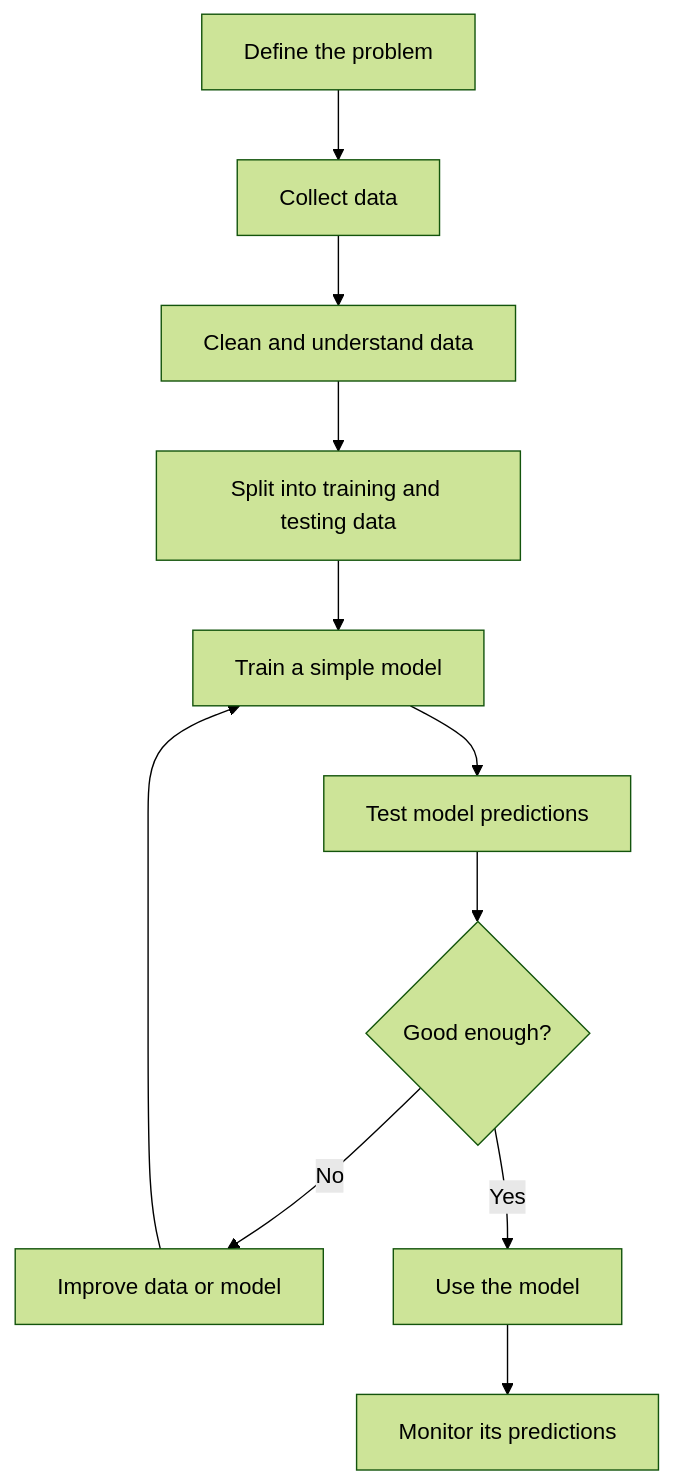
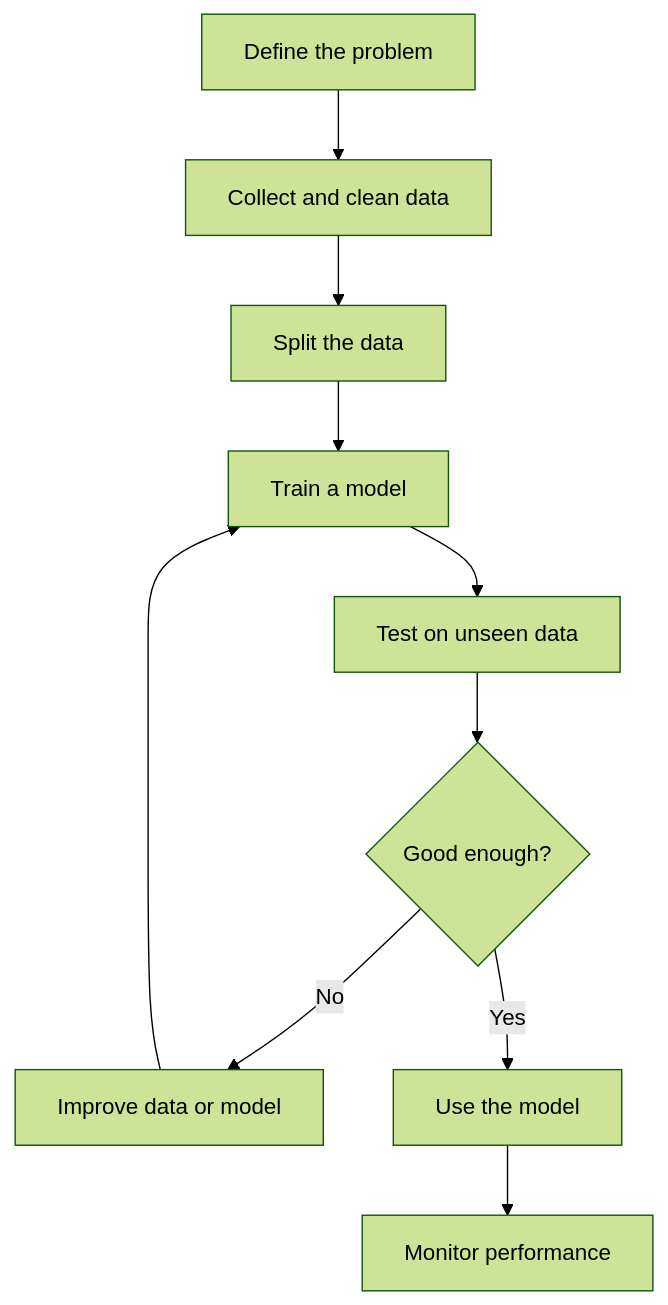
The diagram in ML notes doc/01-foundations/05-ml-project-lifecycle.md (ADxSD-143/STUDY-docs), drawn with Mermaid (forest theme) before and after one commit. The commit also changed other lines of this file, not shown here.

Commit message:
Consolidate ML lifecycle into one simple workflow

````diff
--- a/ML notes doc/01-foundations/05-ml-project-lifecycle.md
+++ b/ML notes doc/01-foundations/05-ml-project-lifecycle.md
@@ -56,13 +9,12 @@
 ```mermaid
 flowchart TD
-    A[Define the problem] --> B[Collect data]
-    B --> C[Clean and understand data]
-    C --> D[Split into training and testing data]
-    D --> E[Train a simple model]
-    E --> F[Test model predictions]
-    F --> G{Good enough?}
-    G -- No --> H[Improve data or model]
-    H --> E
-    G -- Yes --> I[Use the model]
-    I --> J[Monitor its predictions]
+    A[Define the problem] --> B[Collect and clean data]
+    B --> C[Split the data]
+    C --> D[Train a model]
+    D --> E[Test on unseen data]
+    E --> F{Good enough?}
+    F -- No --> G[Improve data or model]
+    G --> D
+    F -- Yes --> H[Use the model]
+    H --> I[Monitor performance]
 ```
````
